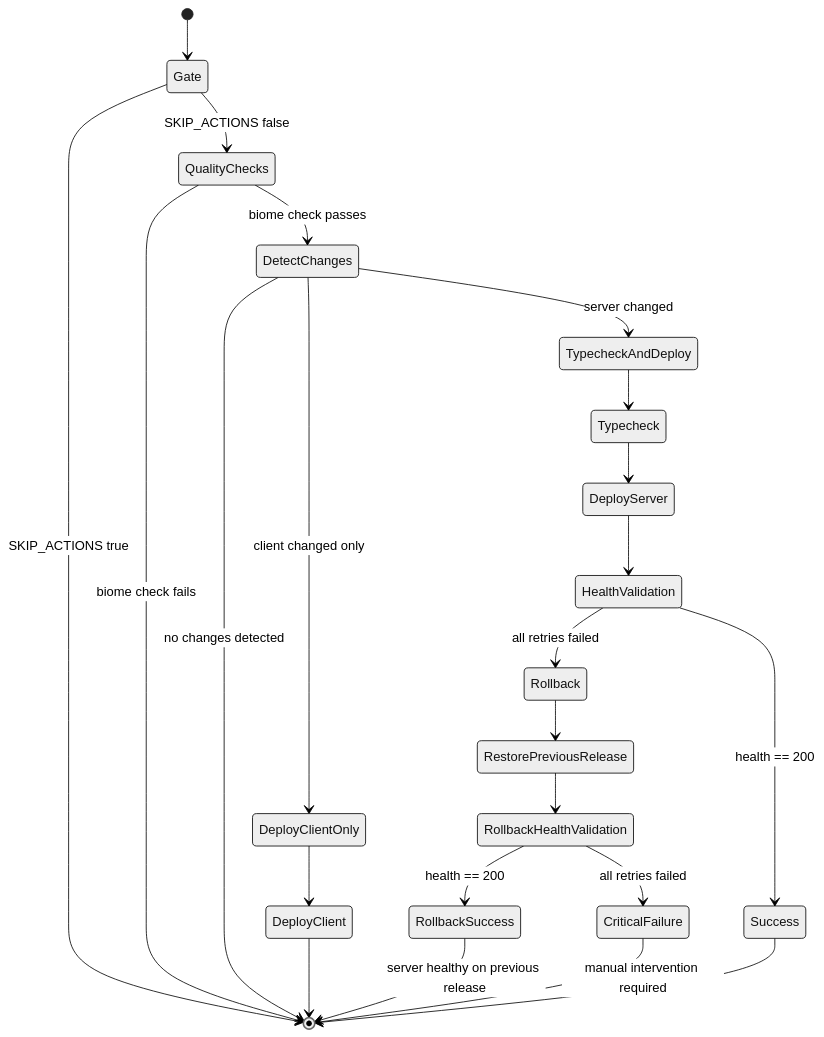
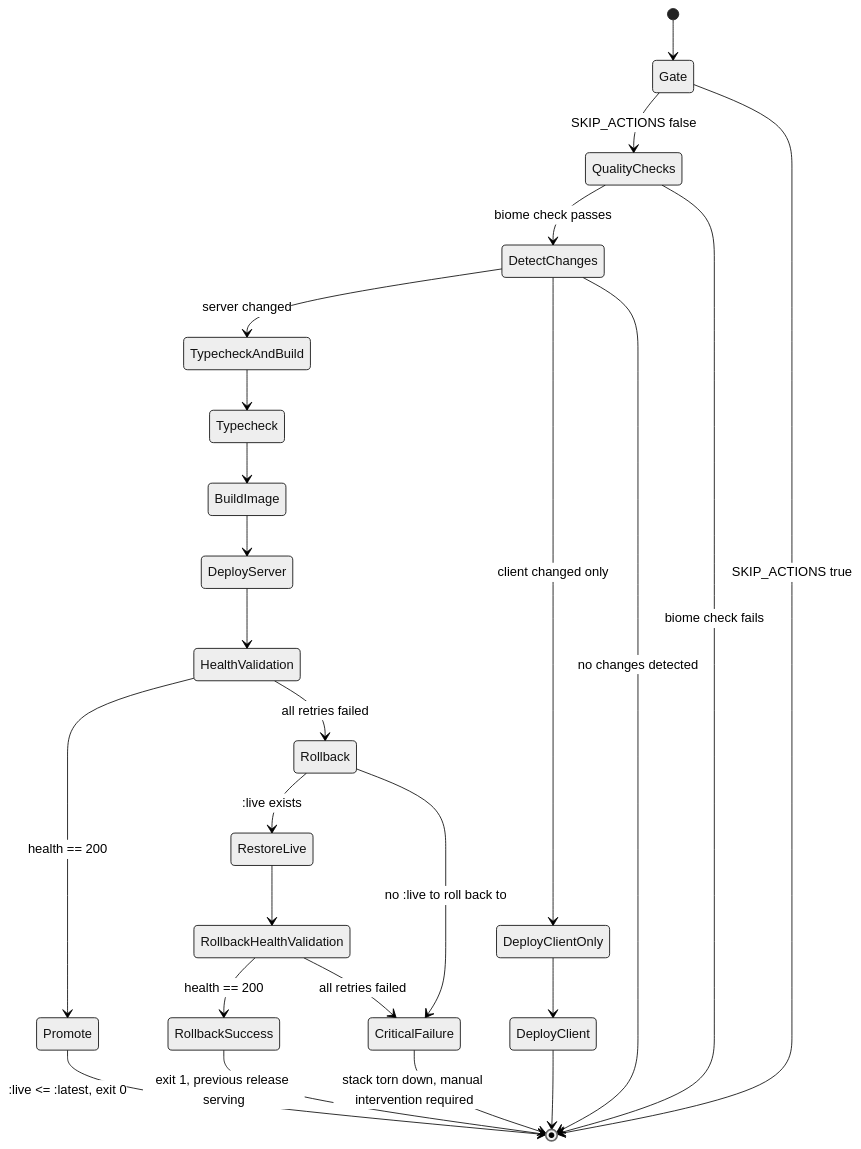
The sixth of 6 diagrams in docs/architecture/CI_CD_PIPELINE_ARCHITECTURE.md (IamDevTrivedi/Trimium), drawn with Mermaid (neutral theme) before and after one commit. The commit also changed other lines of this file and 20 other files, not shown here.

First line of the commit message:
feat(server): dockerize + GHCR deploy with :current/:live rollback (#161)

````diff
--- a/docs/architecture/CI_CD_PIPELINE_ARCHITECTURE.md
+++ b/docs/architecture/CI_CD_PIPELINE_ARCHITECTURE.md
@@ -410,34 +479,36 @@
 ```mermaid
 stateDiagram-v2
     [*] --> Gate
     Gate --> QualityChecks: SKIP_ACTIONS false
     Gate --> [*]: SKIP_ACTIONS true
 
     QualityChecks --> DetectChanges: biome check passes
     QualityChecks --> [*]: biome check fails
 
-    DetectChanges --> TypecheckAndDeploy: server changed
+    DetectChanges --> TypecheckAndBuild: server changed
     DetectChanges --> DeployClientOnly: client changed only
     DetectChanges --> [*]: no changes detected
 
     DeployClientOnly --> DeployClient
     DeployClient --> [*]
 
-    TypecheckAndDeploy --> Typecheck
-    Typecheck --> DeployServer
+    TypecheckAndBuild --> Typecheck
+    Typecheck --> BuildImage
+    BuildImage --> DeployServer
     DeployServer --> HealthValidation
 
-    HealthValidation --> Success: health == 200
+    HealthValidation --> Promote: health == 200
     HealthValidation --> Rollback: all retries failed
 
-    Rollback --> RestorePreviousRelease
-    RestorePreviousRelease --> RollbackHealthValidation
+    Promote --> [*]: :live <= :latest, exit 0
 
+    Rollback --> RestoreLive: :live exists
+    Rollback --> CriticalFailure: no :live to roll back to
+
+    RestoreLive --> RollbackHealthValidation
     RollbackHealthValidation --> RollbackSuccess: health == 200
     RollbackHealthValidation --> CriticalFailure: all retries failed
 
-    RollbackSuccess --> [*]: server healthy on previous release
-    CriticalFailure --> [*]: manual intervention required
-
-    Success --> [*]
+    RollbackSuccess --> [*]: exit 1, previous release serving
+    CriticalFailure --> [*]: stack torn down, manual intervention required
 ```
````
